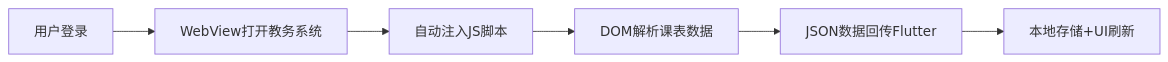
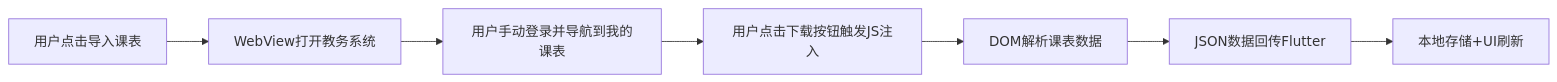
One commit to ZincGluxx/JLU_COURSE_APP changed the diagram in README.md. Above: the diagram before and after it, drawn with Mermaid. The commit also changed other lines of this file and 2 other files, not shown here.

````diff
--- a/README.md
+++ b/README.md
@@ -106,8 +109,9 @@
 ```mermaid
 graph LR
-    A[用户登录] --> B[WebView打开教务系统]
-    B --> C[自动注入JS脚本]
-    C --> D[DOM解析课表数据]
-    D --> E[JSON数据回传Flutter]
-    E --> F[本地存储+UI刷新]
+    A[用户点击导入课表] --> B[WebView打开教务系统]
+    B --> C[用户手动登录并导航到我的课表]
+    C --> D[用户点击下载按钮触发JS注入]
+    D --> E[DOM解析课表数据]
+    E --> F[JSON数据回传Flutter]
+    F --> G[本地存储+UI刷新]
 ```
````
